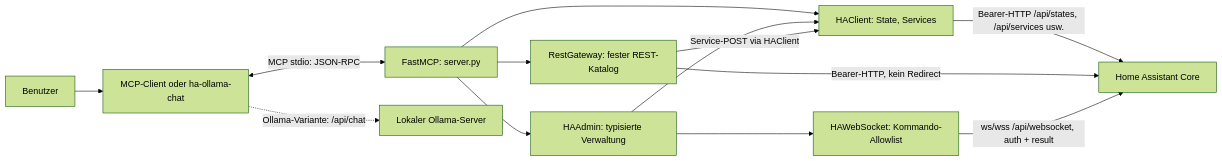
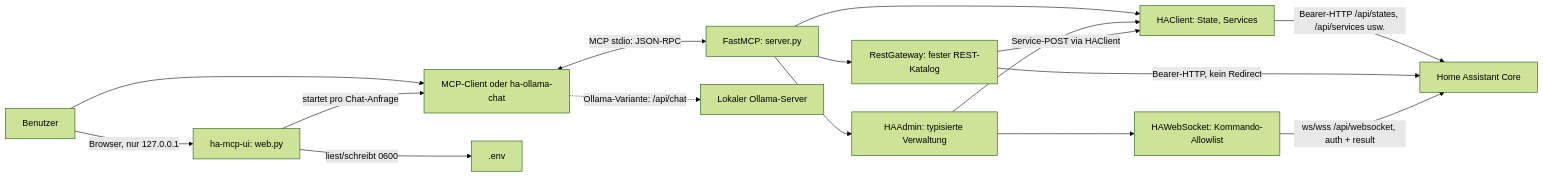
Before and after one commit to GehrmannSolutions/HomeAssistant: the diagram in docs/TECHNISCHE_DOKUMENTATION.md, drawn with Mermaid (forest theme). The commit also changed other lines of this file and 20 other files, not shown here.

First line of the commit message:
Add local web UI: first-run setup, settings and chat with the local model

````diff
--- a/docs/TECHNISCHE_DOKUMENTATION.md
+++ b/docs/TECHNISCHE_DOKUMENTATION.md
@@ -11,15 +11,18 @@
 ```mermaid
 flowchart LR
     U[Benutzer] --> C[MCP-Client oder ha-ollama-chat]
+    U -->|Browser, nur 127.0.0.1| W[ha-mcp-ui: web.py]
+    W -->|liest/schreibt 0600| E[.env]
+    W -->|startet pro Chat-Anfrage| C
     C <-->|MCP stdio: JSON-RPC| S[FastMCP: server.py]
     C -. Ollama-Variante: /api/chat .-> O[Lokaler Ollama-Server]
     S --> HC[HAClient: State, Services]
     S --> RG[RestGateway: fester REST-Katalog]
     S --> AD[HAAdmin: typisierte Verwaltung]
     AD --> WS[HAWebSocket: Kommando-Allowlist]
     AD --> HC
     HC -->|Bearer-HTTP /api/states, /api/services usw.| HA[Home Assistant Core]
     RG -->|Bearer-HTTP, kein Redirect| HA
     RG -->|Service-POST via HAClient| HC
     WS -->|ws/wss /api/websocket, auth + result| HA
 ```
````
